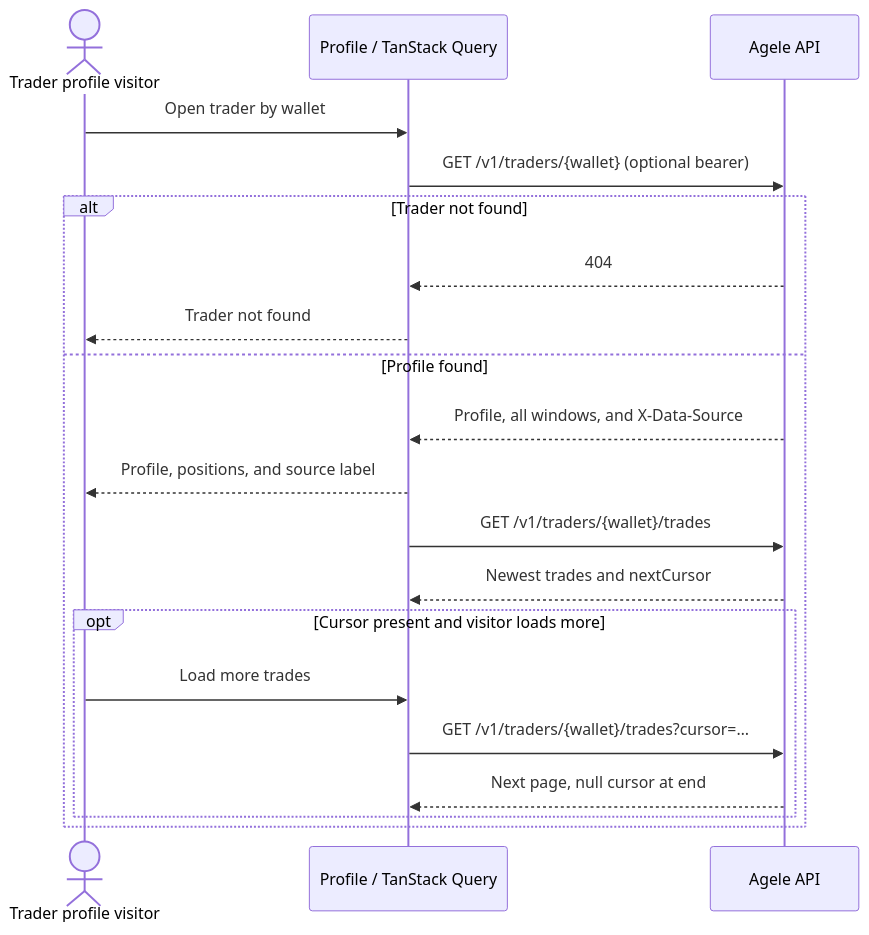
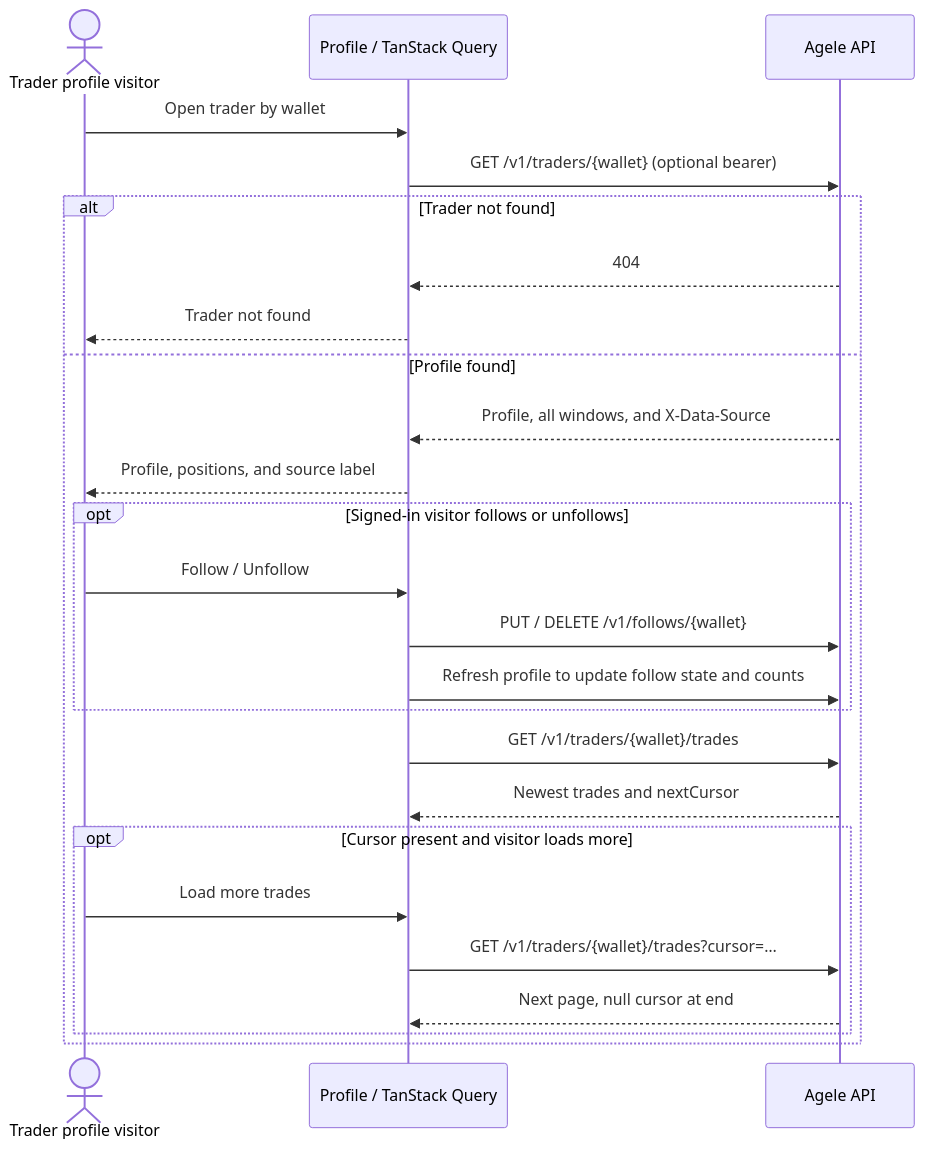
Before and after one commit to jog01/agele-web: the second of 6 diagrams in docs/architecture.md, drawn with Mermaid. The commit also changed other lines of this file and 9 other files, not shown here.

````diff
--- a/docs/architecture.md
+++ b/docs/architecture.md
@@ -30,22 +30,27 @@
 ```mermaid
 sequenceDiagram
   actor U as Trader profile visitor
   participant P as Profile / TanStack Query
   participant A as Agele API
   U->>P: Open trader by wallet
   P->>A: GET /v1/traders/{wallet} (optional bearer)
   alt Trader not found
     A-->>P: 404
     P-->>U: Trader not found
   else Profile found
     A-->>P: Profile, all windows, and X-Data-Source
     P-->>U: Profile, positions, and source label
+    opt Signed-in visitor follows or unfollows
+      U->>P: Follow / Unfollow
+      P->>A: PUT / DELETE /v1/follows/{wallet}
+      P->>A: Refresh profile to update follow state and counts
+    end
     P->>A: GET /v1/traders/{wallet}/trades
     A-->>P: Newest trades and nextCursor
     opt Cursor present and visitor loads more
       U->>P: Load more trades
       P->>A: GET /v1/traders/{wallet}/trades?cursor=…
       A-->>P: Next page, null cursor at end
     end
   end
 ```
````
